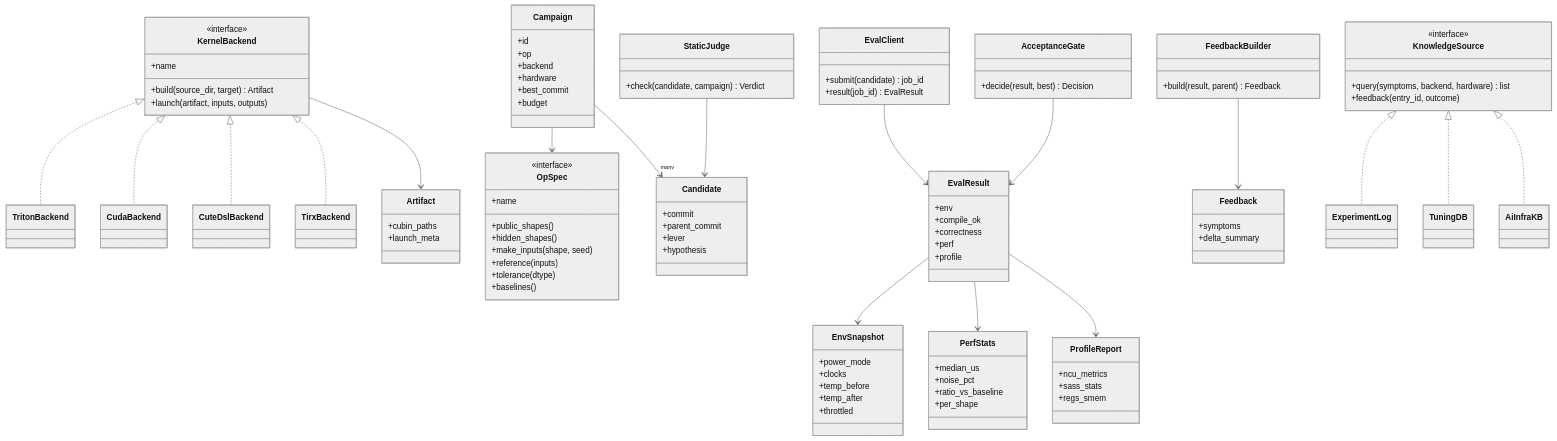
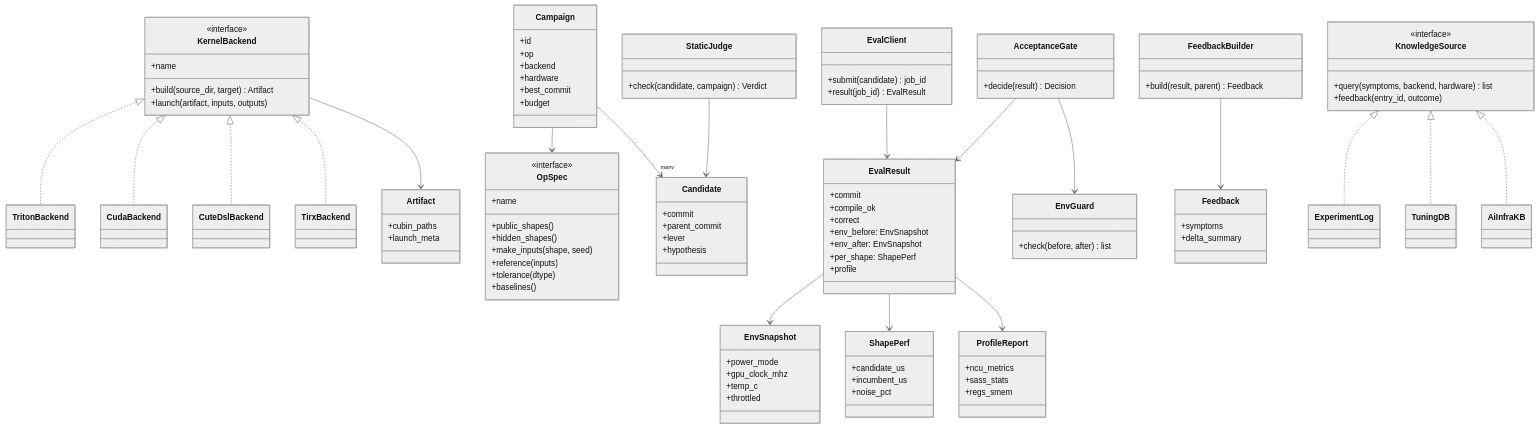
One commit to happyAnger66-an/kernel-agent-loop changed the third of 3 diagrams in docs/architecture.md. Above: the diagram before and after it, drawn with Mermaid (neutral theme). The commit also changed other lines of this file and 31 other files, not shown here.

```diff
--- a/docs/architecture.md
+++ b/docs/architecture.md
@@ -190,24 +190,27 @@
     +result(job_id) EvalResult
   }
   class EvalResult {
-    +env
+    +commit
     +compile_ok
-    +correctness
-    +perf
+    +correct
+    +env_before: EnvSnapshot
+    +env_after: EnvSnapshot
+    +per_shape: ShapePerf
     +profile
   }
   class EnvSnapshot {
     +power_mode
-    +clocks
-    +temp_before
-    +temp_after
+    +gpu_clock_mhz
+    +temp_c
     +throttled
   }
-  class PerfStats {
-    +median_us
+  class EnvGuard {
+    +check(before, after) list
+  }
+  class ShapePerf {
+    +candidate_us
+    +incumbent_us
     +noise_pct
-    +ratio_vs_baseline
-    +per_shape
   }
   class ProfileReport {
     +ncu_metrics
@@ -215,7 +218,7 @@
     +regs_smem
   }
   class AcceptanceGate {
-    +decide(result, best) Decision
+    +decide(result) Decision
   }
   class FeedbackBuilder {
     +build(result, parent) Feedback
@@ -243,9 +246,10 @@
   StaticJudge --> Candidate
   EvalClient --> EvalResult
   EvalResult --> EnvSnapshot
-  EvalResult --> PerfStats
+  EvalResult --> ShapePerf
   EvalResult --> ProfileReport
   AcceptanceGate --> EvalResult
+  AcceptanceGate --> EnvGuard
   FeedbackBuilder --> Feedback
   KnowledgeSource <|.. ExperimentLog
   KnowledgeSource <|.. TuningDB
```
